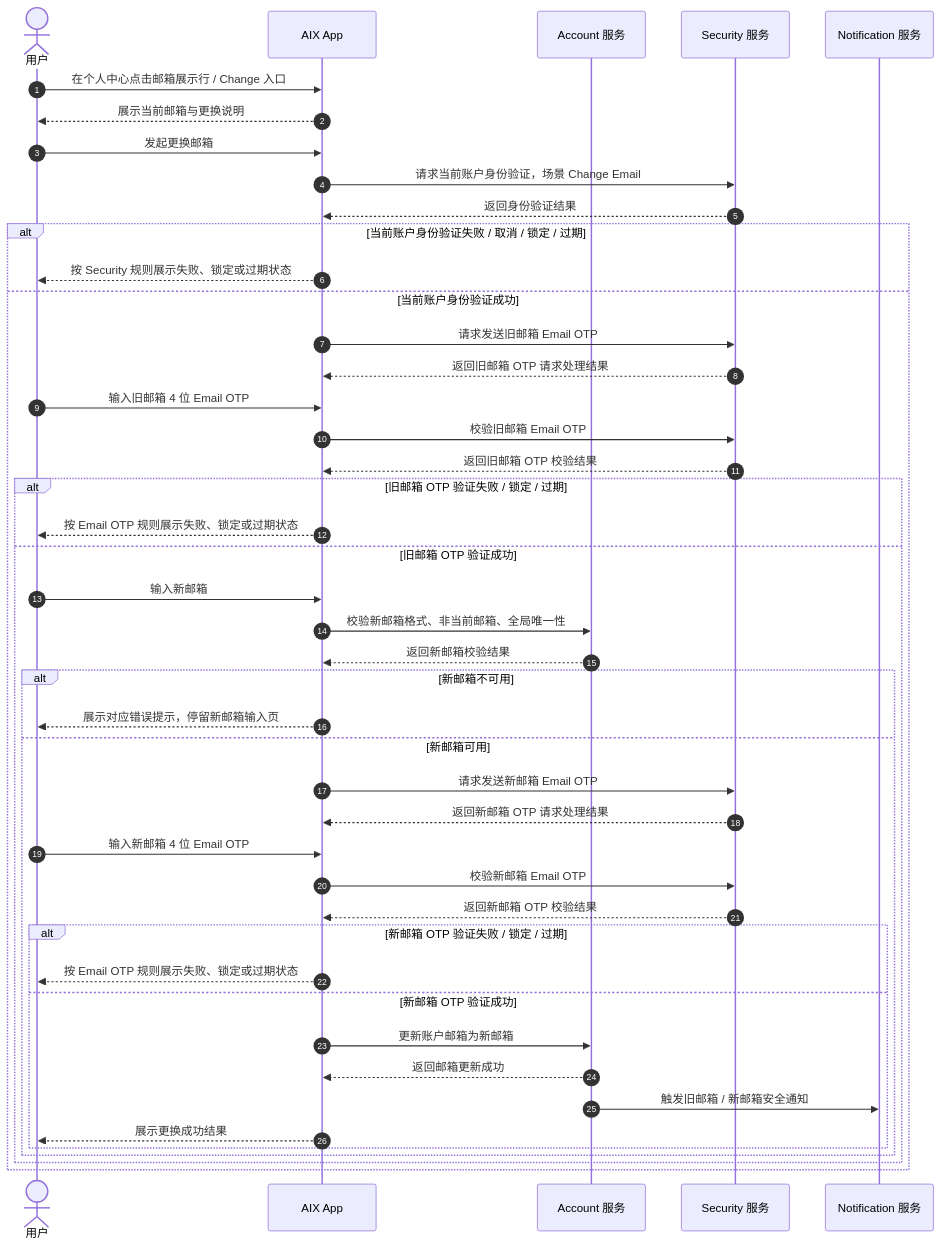
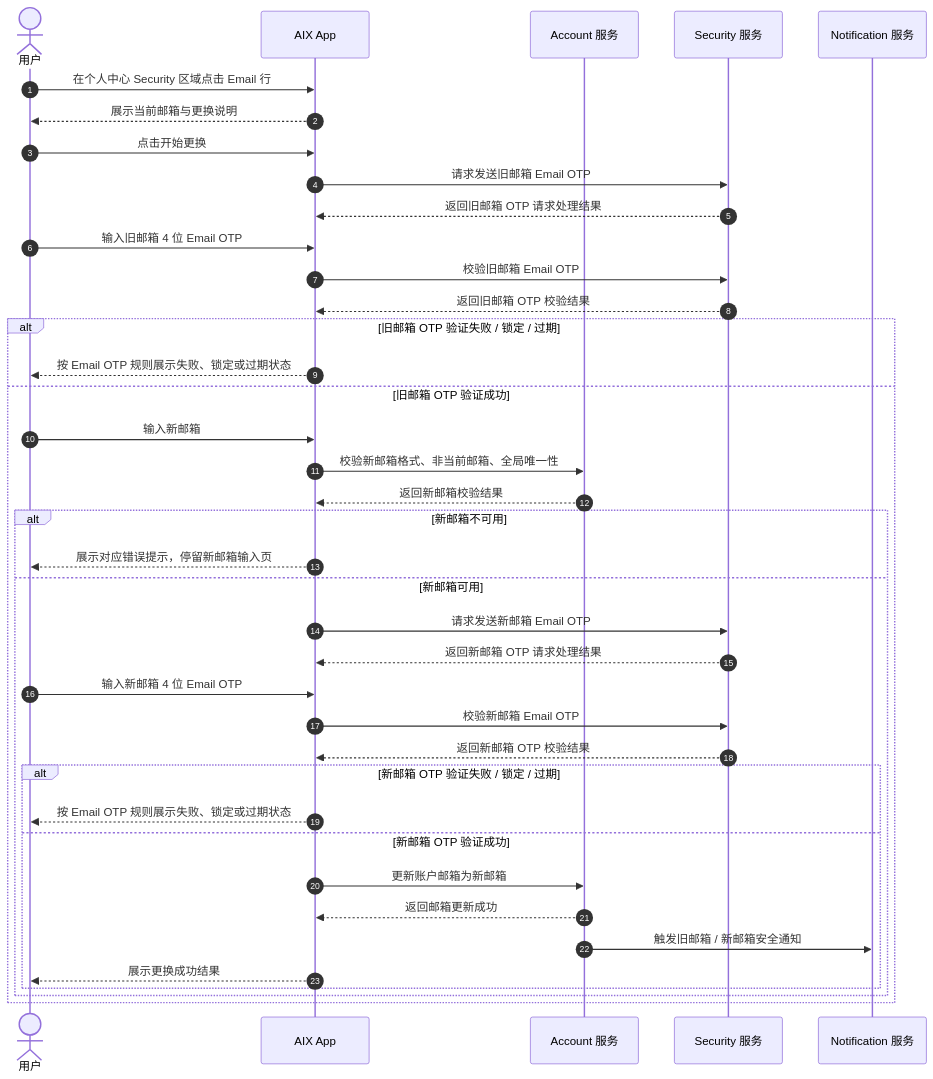
One commit to kelvin381539960-cyber/prd-for-ai changed the first of 2 diagrams in requirements/2026-05/account/change-email.md. Above: the diagram before and after it, drawn with Mermaid. The commit also changed other lines of this file and 1 other file, not shown here.

Commit message:
docs: simplify change email PRD and add prototype

````diff
--- a/requirements/2026-05/account/change-email.md
+++ b/requirements/2026-05/account/change-email.md
@@ -128,52 +131,46 @@
 ```mermaid
 sequenceDiagram
     autonumber
     actor User as 用户
     participant App as AIX App
     participant Account as Account 服务
     participant Security as Security 服务
     participant Notification as Notification 服务
 
-    User->>App: 在个人中心点击邮箱展示行 / Change 入口
+    User->>App: 在个人中心 Security 区域点击 Email 行
     App-->>User: 展示当前邮箱与更换说明
-    User->>App: 发起更换邮箱
-    App->>Security: 请求当前账户身份验证，场景 Change Email
-    Security-->>App: 返回身份验证结果
+    User->>App: 点击开始更换
 
-    alt 当前账户身份验证失败 / 取消 / 锁定 / 过期
-        App-->>User: 按 Security 规则展示失败、锁定或过期状态
-    else 当前账户身份验证成功
-        App->>Security: 请求发送旧邮箱 Email OTP
-        Security-->>App: 返回旧邮箱 OTP 请求处理结果
-        User->>App: 输入旧邮箱 4 位 Email OTP
-        App->>Security: 校验旧邮箱 Email OTP
-        Security-->>App: 返回旧邮箱 OTP 校验结果
+    App->>Security: 请求发送旧邮箱 Email OTP
+    Security-->>App: 返回旧邮箱 OTP 请求处理结果
+    User->>App: 输入旧邮箱 4 位 Email OTP
+    App->>Security: 校验旧邮箱 Email OTP
+    Security-->>App: 返回旧邮箱 OTP 校验结果
 
-        alt 旧邮箱 OTP 验证失败 / 锁定 / 过期
-            App-->>User: 按 Email OTP 规则展示失败、锁定或过期状态
-        else 旧邮箱 OTP 验证成功
-            User->>App: 输入新邮箱
-            App->>Account: 校验新邮箱格式、非当前邮箱、全局唯一性
-            Account-->>App: 返回新邮箱校验结果
+    alt 旧邮箱 OTP 验证失败 / 锁定 / 过期
+        App-->>User: 按 Email OTP 规则展示失败、锁定或过期状态
+    else 旧邮箱 OTP 验证成功
+        User->>App: 输入新邮箱
+        App->>Account: 校验新邮箱格式、非当前邮箱、全局唯一性
+        Account-->>App: 返回新邮箱校验结果
 
-            alt 新邮箱不可用
-                App-->>User: 展示对应错误提示，停留新邮箱输入页
-            else 新邮箱可用
-                App->>Security: 请求发送新邮箱 Email OTP
-                Security-->>App: 返回新邮箱 OTP 请求处理结果
-                User->>App: 输入新邮箱 4 位 Email OTP
-                App->>Security: 校验新邮箱 Email OTP
-                Security-->>App: 返回新邮箱 OTP 校验结果
+        alt 新邮箱不可用
+            App-->>User: 展示对应错误提示，停留新邮箱输入页
+        else 新邮箱可用
+            App->>Security: 请求发送新邮箱 Email OTP
+            Security-->>App: 返回新邮箱 OTP 请求处理结果
+            User->>App: 输入新邮箱 4 位 Email OTP
+            App->>Security: 校验新邮箱 Email OTP
+            Security-->>App: 返回新邮箱 OTP 校验结果
 
-                alt 新邮箱 OTP 验证失败 / 锁定 / 过期
-                    App-->>User: 按 Email OTP 规则展示失败、锁定或过期状态
-                else 新邮箱 OTP 验证成功
-                    App->>Account: 更新账户邮箱为新邮箱
-                    Account-->>App: 返回邮箱更新成功
-                    Account->>Notification: 触发旧邮箱 / 新邮箱安全通知
-                    App-->>User: 展示更换成功结果
-                end
+            alt 新邮箱 OTP 验证失败 / 锁定 / 过期
+                App-->>User: 按 Email OTP 规则展示失败、锁定或过期状态
+            else 新邮箱 OTP 验证成功
+                App->>Account: 更新账户邮箱为新邮箱
+                Account-->>App: 返回邮箱更新成功
+                Account->>Notification: 触发旧邮箱 / 新邮箱安全通知
+                App-->>User: 展示更换成功结果
             end
         end
     end
 ```
````
